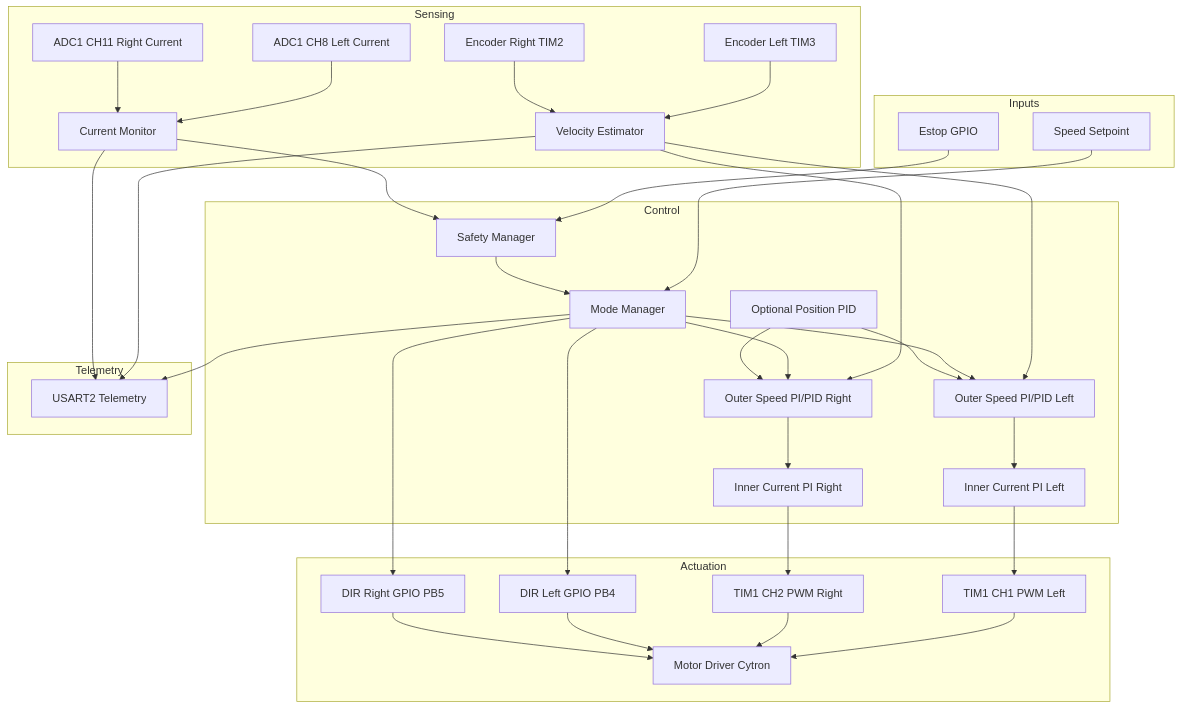
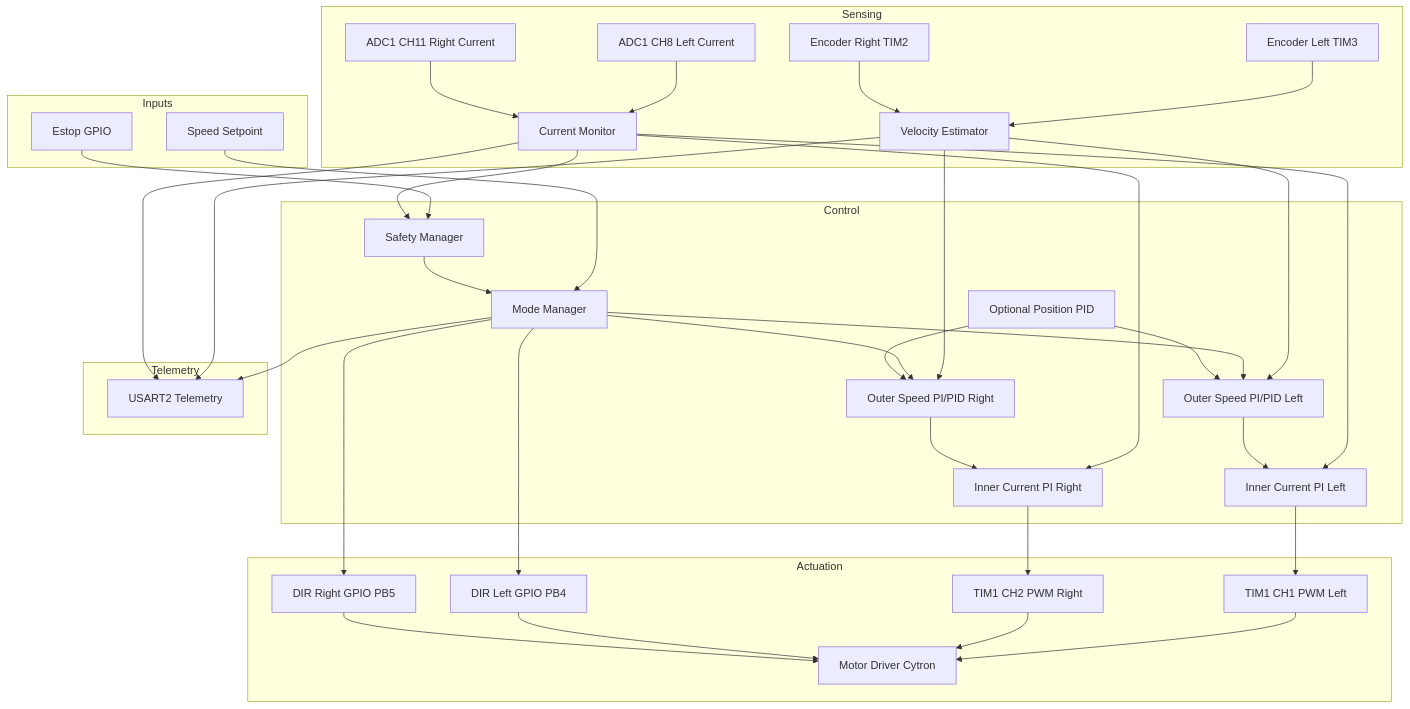
One commit to KartikMehta-1/AMR-development changed the first of 3 diagrams in docs/firmware_motor_control.md. Above: the diagram before and after it, drawn with Mermaid. The commit also changed 3 other files, not shown here.

````diff
--- a/docs/firmware_motor_control.md
+++ b/docs/firmware_motor_control.md
@@ -5,73 +5,75 @@
 ```mermaid
 graph TD
   %% High level control architecture
   subgraph Inputs
     CMD[Speed Setpoint]
     ESTOP[Estop GPIO]
   end
 
   subgraph Sensing
     ENC_L[Encoder Left TIM3]
     ENC_R[Encoder Right TIM2]
     ADC_L[ADC1 CH8 Left Current]
     ADC_R[ADC1 CH11 Right Current]
     VEL[Velocity Estimator]
     CUR_MON[Current Monitor]
   end
 
   subgraph Control
     MODE[Mode Manager]
     SAFE[Safety Manager]
     I_L[Inner Current PI Left]
     I_R[Inner Current PI Right]
     W_L[Outer Speed PI/PID Left]
     W_R[Outer Speed PI/PID Right]
     POS[Optional Position PID]
   end
 
   subgraph Actuation
     PWM1[TIM1 CH1 PWM Left]
     PWM2[TIM1 CH2 PWM Right]
     DIRL[DIR Left GPIO PB4]
     DIRR[DIR Right GPIO PB5]
     MDD[Motor Driver Cytron]
   end
 
   subgraph Telemetry
     UART[USART2 Telemetry]
   end
 
   %% Data flow
   CMD --> MODE
   ESTOP --> SAFE
   SAFE --> MODE
 
   ENC_L --> VEL
   ENC_R --> VEL
   VEL --> W_L
   VEL --> W_R
 
   ADC_L --> CUR_MON
   ADC_R --> CUR_MON
   CUR_MON --> SAFE
+  CUR_MON --> I_L
+  CUR_MON --> I_R
 
   MODE --> W_L
   MODE --> W_R
   POS --> W_L
   POS --> W_R
   W_L --> I_L
   W_R --> I_R
   I_L --> PWM1
   I_R --> PWM2
   MODE --> DIRL
   MODE --> DIRR
 
   PWM1 --> MDD
   PWM2 --> MDD
   DIRL --> MDD
   DIRR --> MDD
 
   VEL --> UART
   CUR_MON --> UART
   MODE --> UART
 ```
````
